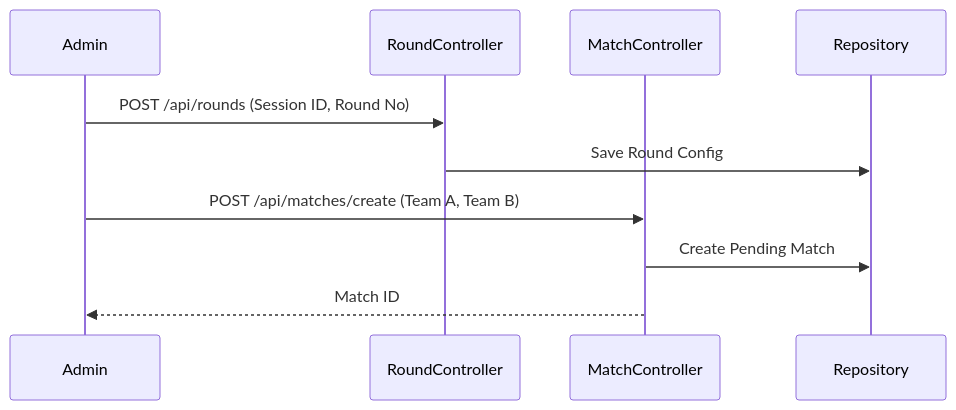
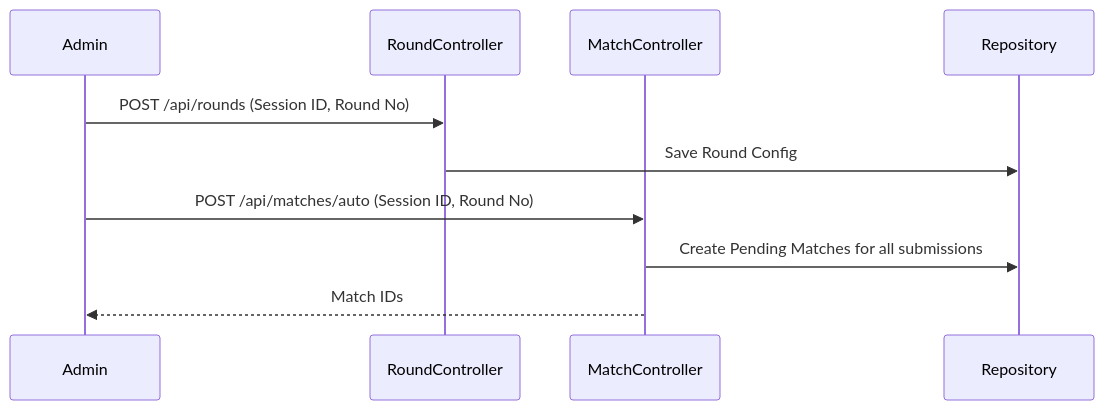
Before and after one commit to anyulled/superhero-battle-arena: the fourth of 6 diagrams in README.md, drawn with Mermaid. The commit also changed other lines of this file, not shown here.

Commit message:
docs: Update README with squad submission phase, detailed battle flow, refined domain model, and new command-line tools.

````diff
--- a/README.md
+++ b/README.md
@@ -135,14 +152,14 @@
 ```mermaid
 sequenceDiagram
     participant U as Admin
     participant RC as RoundController
     participant MC as MatchController
     participant R as Repository
 
     U->>RC: POST /api/rounds (Session ID, Round No)
     RC->>R: Save Round Config
     
-    U->>MC: POST /api/matches/create (Team A, Team B)
-    MC->>R: Create Pending Match
-    MC-->>U: Match ID
+    U->>MC: POST /api/matches/auto (Session ID, Round No)
+    MC->>R: Create Pending Matches for all submissions
+    MC-->>U: Match IDs
 ```
````
